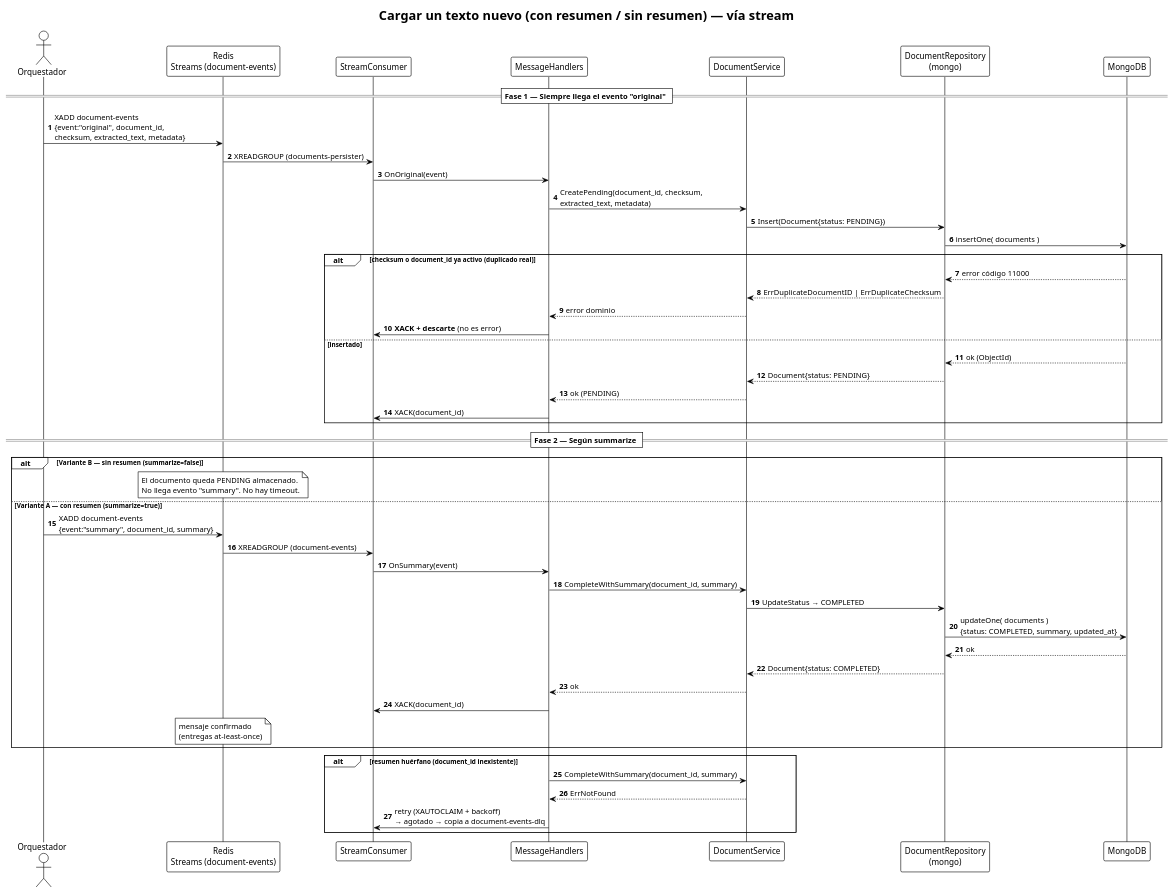
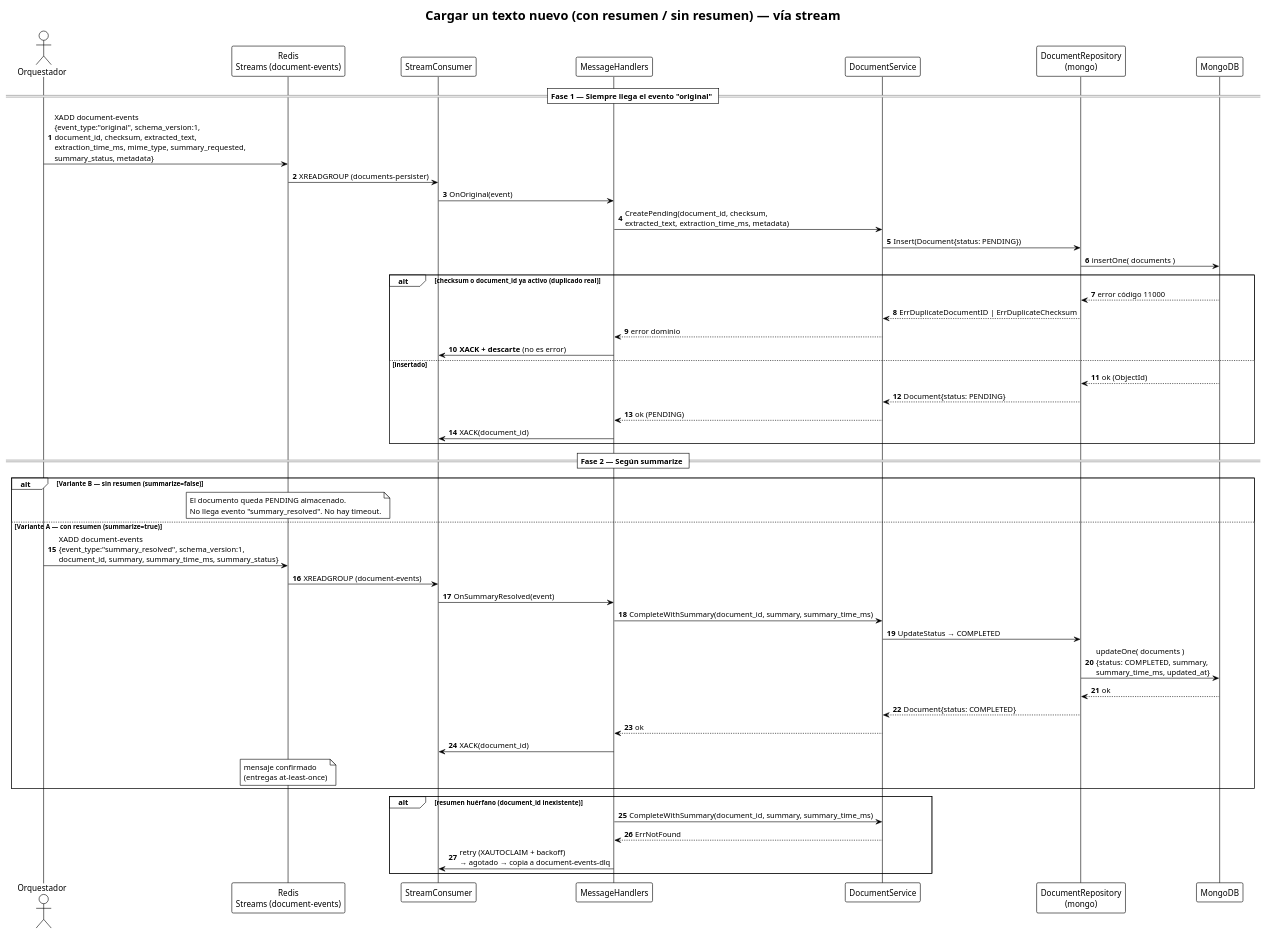
One commit to Zindorg/pdf-extractext-repositorios changed the diagram in docs/diagrams/sequence-create-document.puml. Above: the diagram before and after it, drawn with PlantUML. The commit also changed 15 other files, not shown here.

Commit message:
refactor(all): split processing time into extraction/summary

```diff
--- a/docs/diagrams/sequence-create-document.puml
+++ b/docs/diagrams/sequence-create-document.puml
@@ -1,65 +1,65 @@
 @startuml
 ' Contrato objetivo del flujo (estado futuro del código).
 ' Estado actual (2026-10-07): CreatePending está implementado en el service,
 ' pero el loop de consumo del stream (XREADGROUP) sigue pendiente.
 !theme plain
 autonumber
 
 title "Cargar un texto nuevo (con resumen / sin resumen) — vía stream"
 
 actor "Orquestador" as ORQ
 participant "Redis\nStreams (document-events)" as REDIS
 participant "StreamConsumer" as CONSUMER
 participant "MessageHandlers" as HANDLER
 participant "DocumentService" as SERVICE
 participant "DocumentRepository\n(mongo)" as REPO
 participant "MongoDB" as MONGO
 
 == Fase 1 — Siempre llega el evento "original" ==
 
-ORQ -> REDIS : XADD document-events\n{event:"original", document_id,\nchecksum, extracted_text, metadata}
+ORQ -> REDIS : XADD document-events\n{event_type:"original", schema_version:1,\ndocument_id, checksum, extracted_text,\nextraction_time_ms, mime_type, summary_requested,\nsummary_status, metadata}
 REDIS -> CONSUMER : XREADGROUP (documents-persister)
 CONSUMER -> HANDLER : OnOriginal(event)
 
-HANDLER -> SERVICE : CreatePending(document_id, checksum,\nextracted_text, metadata)
+HANDLER -> SERVICE : CreatePending(document_id, checksum,\nextracted_text, extraction_time_ms, metadata)
 SERVICE -> REPO : Insert(Document{status: PENDING})
 REPO -> MONGO : insertOne( documents )
 alt checksum o document_id ya activo (duplicado real)
     MONGO --> REPO : error código 11000
     REPO --> SERVICE : ErrDuplicateDocumentID | ErrDuplicateChecksum
     SERVICE --> HANDLER : error dominio
     HANDLER -> CONSUMER : **XACK + descarte** (no es error)
 else insertado
     MONGO --> REPO : ok (ObjectId)
     REPO --> SERVICE : Document{status: PENDING}
     SERVICE --> HANDLER : ok (PENDING)
     HANDLER -> CONSUMER : XACK(document_id)
 end
 
 == Fase 2 — Según summarize ==
 
 alt **Variante B — sin resumen** (summarize=false)
     note over REDIS
         El documento queda PENDING almacenado.
-        No llega evento "summary". No hay timeout.
+        No llega evento "summary_resolved". No hay timeout.
     end note
 else **Variante A — con resumen** (summarize=true)
-    ORQ -> REDIS : XADD document-events\n{event:"summary", document_id, summary}
+    ORQ -> REDIS : XADD document-events\n{event_type:"summary_resolved", schema_version:1,\ndocument_id, summary, summary_time_ms, summary_status}
     REDIS -> CONSUMER : XREADGROUP (document-events)
-    CONSUMER -> HANDLER : OnSummary(event)
-    HANDLER -> SERVICE : CompleteWithSummary(document_id, summary)
+    CONSUMER -> HANDLER : OnSummaryResolved(event)
+    HANDLER -> SERVICE : CompleteWithSummary(document_id, summary, summary_time_ms)
     SERVICE -> REPO : UpdateStatus → COMPLETED
-    REPO -> MONGO : updateOne( documents )\n{status: COMPLETED, summary, updated_at}
+    REPO -> MONGO : updateOne( documents )\n{status: COMPLETED, summary,\nsummary_time_ms, updated_at}
     MONGO --> REPO : ok
     REPO --> SERVICE : Document{status: COMPLETED}
     SERVICE --> HANDLER : ok
     HANDLER -> CONSUMER : XACK(document_id)
     note over REDIS : mensaje confirmado\n(entregas at-least-once)
 end
 
 alt resumen huérfano (document_id inexistente)
-    HANDLER -> SERVICE : CompleteWithSummary(document_id, summary)
+    HANDLER -> SERVICE : CompleteWithSummary(document_id, summary, summary_time_ms)
     SERVICE --> HANDLER : ErrNotFound
     HANDLER -> CONSUMER : retry (XAUTOCLAIM + backoff)\n→ agotado → copia a document-events-dlq
 end
 @enduml
```
